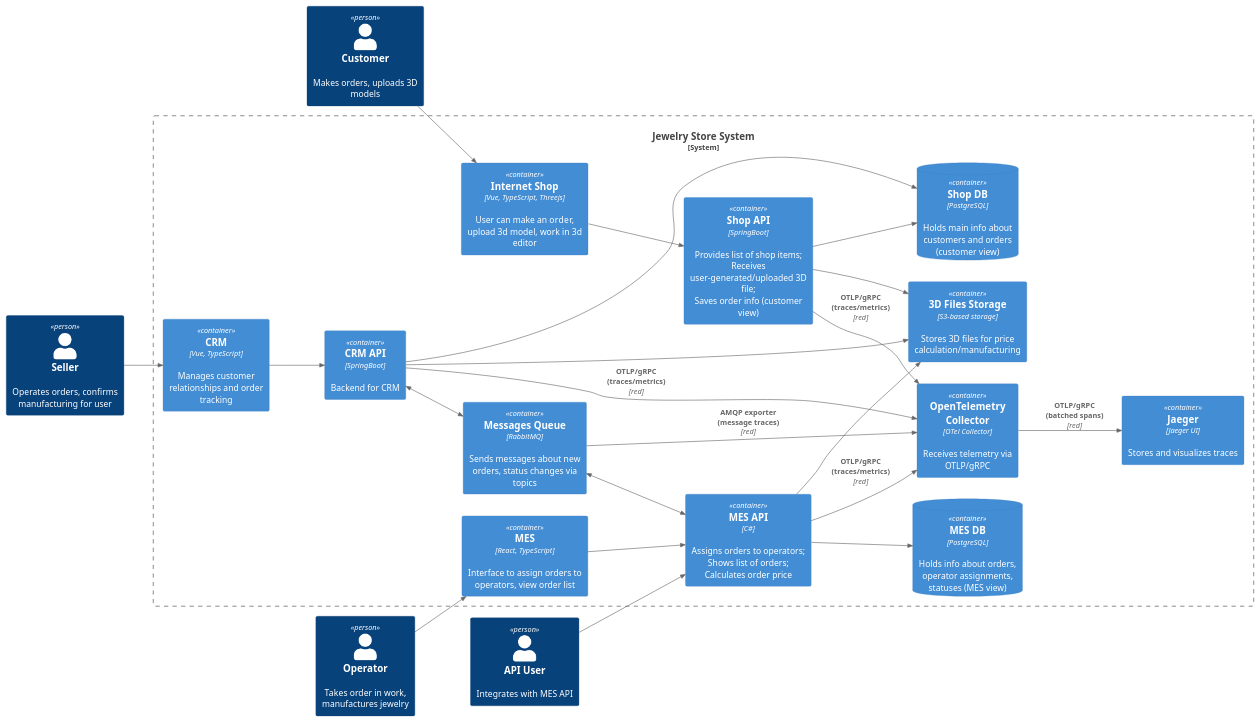
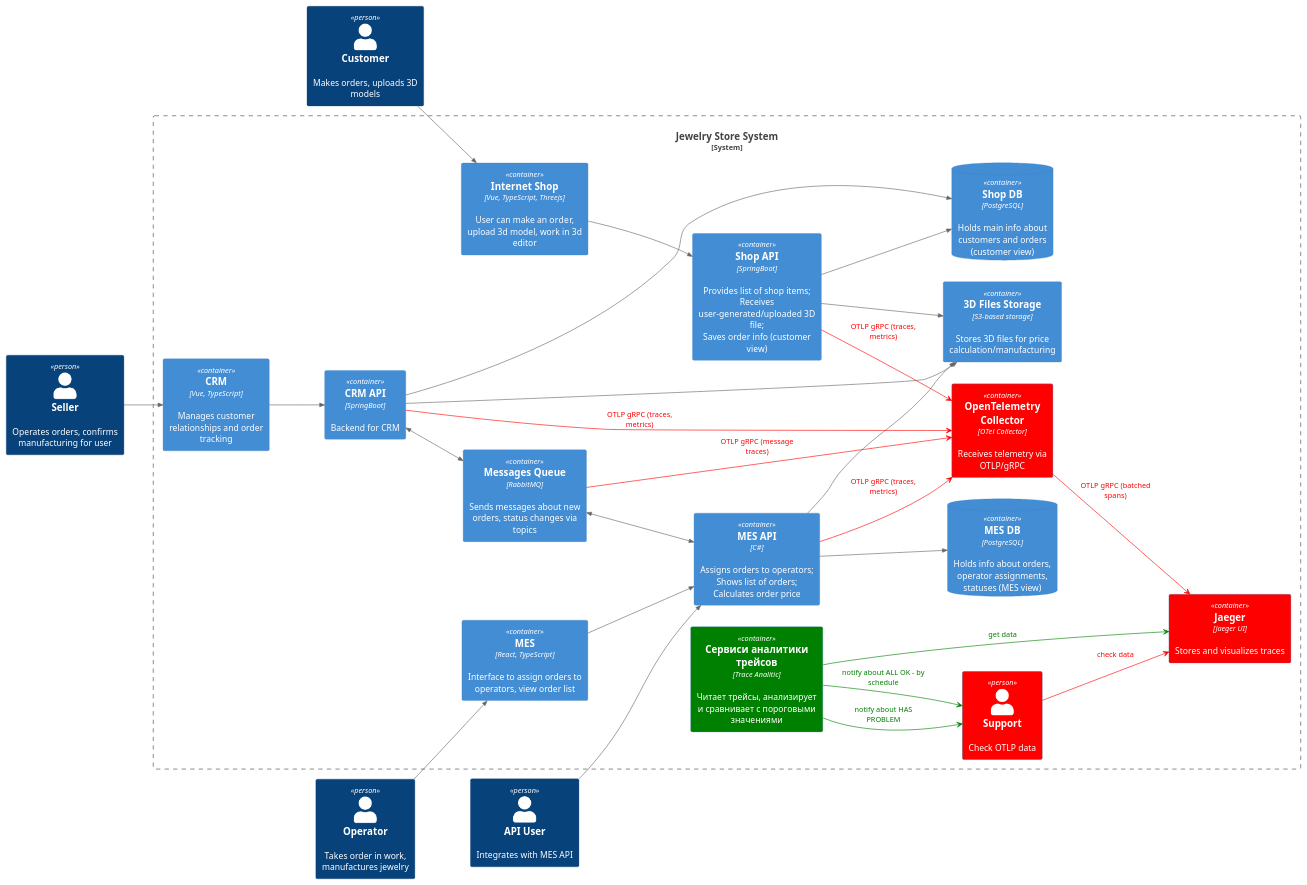
One commit to Ondrya/architecture-alexandrite changed the diagram in Task3/c4tracing_container.puml. Above: the diagram before and after it, drawn with PlantUML. The commit also changed 3 other files, not shown here.

```diff
--- a/Task3/c4tracing_container.puml
+++ b/Task3/c4tracing_container.puml
@@ -1,71 +1,82 @@
 @startuml "Александрит - ювелирный маркетплейс"
 
 !include <C4/C4_Container>
 
 left to right direction
 
 ' ========== Система ==========
 System_Boundary(jss, "Jewelry Store System") {
   ' ========== Контейнеры ==========
   Container(shop_frontend, "Internet Shop", "Vue, TypeScript, Threejs", "User can make an order, upload 3d model, work in 3d editor")
   Container(shop_api, "Shop API", "SpringBoot", "Provides list of shop items;\nReceives user-generated/uploaded 3D file;\nSaves order info (customer view)")
   Container(crm_frontend, "CRM", "Vue, TypeScript", "Manages customer relationships and order tracking")
   Container(crm_api, "CRM API", "SpringBoot", "Backend for CRM")
   Container(mes_api, "MES API", "C#", "Assigns orders to operators;\nShows list of orders;\nCalculates order price")
   Container(mes_frontend, "MES", "React, TypeScript", "Interface to assign orders to operators, view order list")
   
   ContainerDb(shop_db, "Shop DB", "PostgreSQL", "Holds main info about customers and orders (customer view)")
   ContainerDb(mes_db, "MES DB", "PostgreSQL", "Holds info about orders, operator assignments, statuses (MES view)")
   Container(storage, "3D Files Storage", "S3-based storage", "Stores 3D files for price calculation/manufacturing")
   Container(mq, "Messages Queue", "RabbitMQ", "Sends messages about new orders, status changes via topics")
 
   ' ========== НОВЫЕ КОМПОНЕНТЫ (трейсинг) ==========
-  Container(otel_collector, "OpenTelemetry\nCollector", "OTel Collector", "Receives telemetry via OTLP/gRPC")
-  Container(jaeger, "Jaeger", "Jaeger UI", "Stores and visualizes traces")
+  Container(otel_collector, "OpenTelemetry\nCollector", "OTel Collector", "Receives telemetry via OTLP/gRPC") #Red
+  Container(jaeger, "Jaeger", "Jaeger UI", "Stores and visualizes traces") #Red
+
+  ' ========== НОВЫЕ КОМПОНЕНТЫ (Support трейсинг) ==========
+  Person(support, "Support", "Check OTLP data") #Red
+
+  ' ========== НОВЫЕ КОМПОНЕНТЫ (Автоматический анализ трейсов) ==========
+  Container(trace_analitic_service, "Сервиси аналитики трейсов", "Trace Analitic", "Читает трейсы, анализирует и сравнивает с пороговыми значениями") #Green
 }
 
 ' ========== Люди (акторы) ==========
 Person(customer, "Customer", "Makes orders, uploads 3D models")
 Person(api_user, "API User", "Integrates with MES API")
 Person(seller, "Seller", "Operates orders, confirms manufacturing for user")
 Person(operator, "Operator", "Takes order in work, manufactures jewelry")
 
 
 ' ========== Взаимодействия ==========
 Rel(customer, shop_frontend, "")
 Rel(shop_frontend, shop_api, "")
 Rel(shop_api, shop_db, "")
 Rel(shop_api, storage, "")
 'Rel(shop_api, mq, "Publishes\n(order created)")
 
 Rel(seller, crm_frontend, "")
 Rel(crm_frontend, crm_api, "")
 Rel(crm_api, shop_db, "")
 Rel(crm_api, storage, "")
 BiRel(crm_api, mq, "")
 
 Rel(api_user, mes_api, "")
 Rel(mes_api, storage, "")
 Rel(mes_api, mes_db, "")
 BiRel(mq, mes_api, "")
 
 Rel(operator, mes_frontend, "")
 Rel(mes_frontend, mes_api, "")
 
 ' ========== Связи новых компонентов ==========
-Rel(shop_api, otel_collector, "OTLP/gRPC\n(traces/metrics)", "red")
-Rel(crm_api, otel_collector, "OTLP/gRPC\n(traces/metrics)", "red")
-Rel(mes_api, otel_collector, "OTLP/gRPC\n(traces/metrics)", "red")
-Rel(mq, otel_collector, "AMQP exporter\n(message traces)", "red")
-Rel(otel_collector, jaeger, "OTLP/gRPC\n(batched spans)", "red")
+shop_api -[#red]-> otel_collector : <color:red>OTLP gRPC (traces, metrics)</color>
+crm_api -[#red]-> otel_collector : <color:red>OTLP gRPC (traces, metrics)</color>
+mes_api -[#red]-> otel_collector : <color:red>OTLP gRPC (traces, metrics)</color>
+mq -[#red]-> otel_collector : <color:red>OTLP gRPC (message traces)</color>
+otel_collector -[#red]-> jaeger : <color:red>OTLP gRPC (batched spans)</color>
+support -[#red]-> jaeger : <color:red>check data</color>
+
+trace_analitic_service -[#green]-> jaeger : <color:green>get data</color>
+trace_analitic_service -[#green]-> support : <color:green>notify about ALL OK - by schedule</color>
+trace_analitic_service -[#green]-> support : <color:green>notify about HAS PROBLEM</color>
 
 ' Стили и легенда
 ' Hide legend if not needed
 ' Legend(left)
 '   Customer <color:red>●</color> External person
 '   <<Container>> <color:blue>■</color>
 '   <<DB>> <color:green>⬟</color>
 '   <<Queue>> <color:purple>⬠</color>
 ' End legend
 
 @enduml
```
